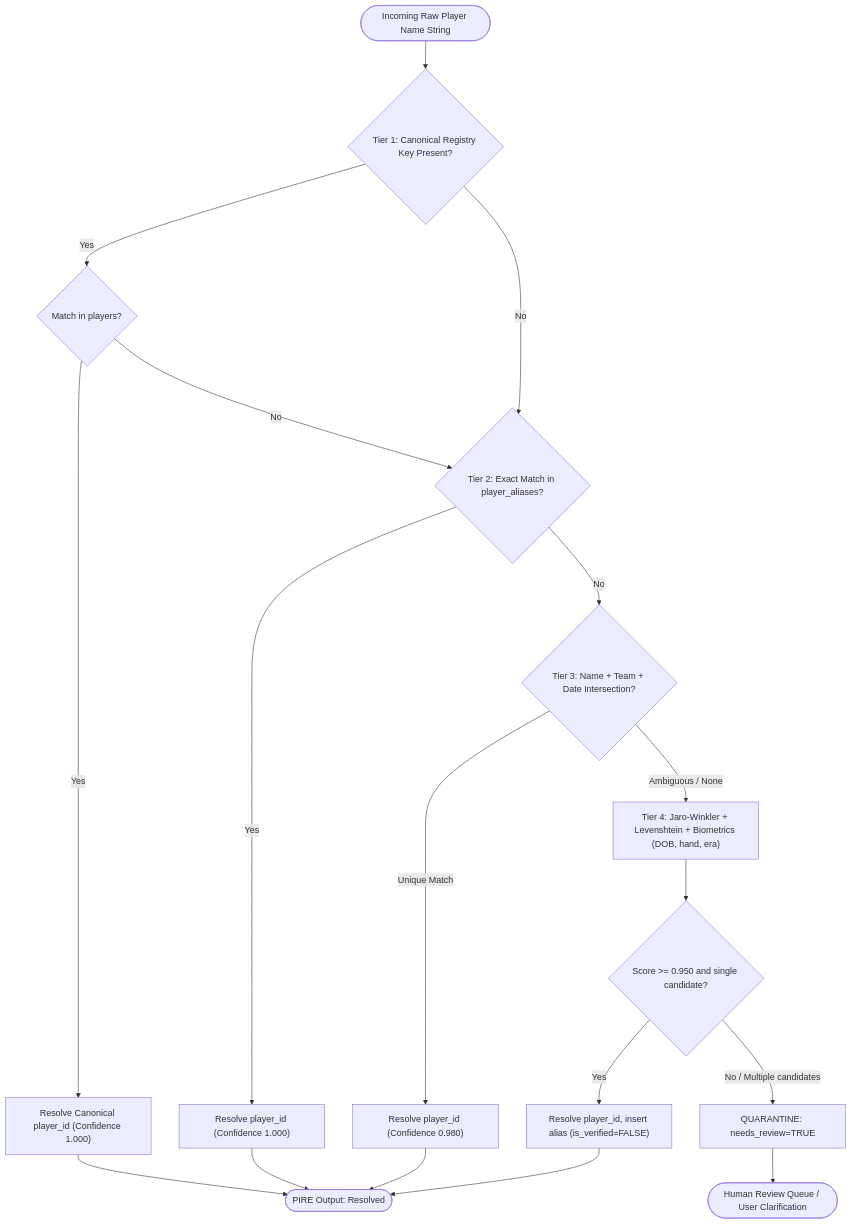
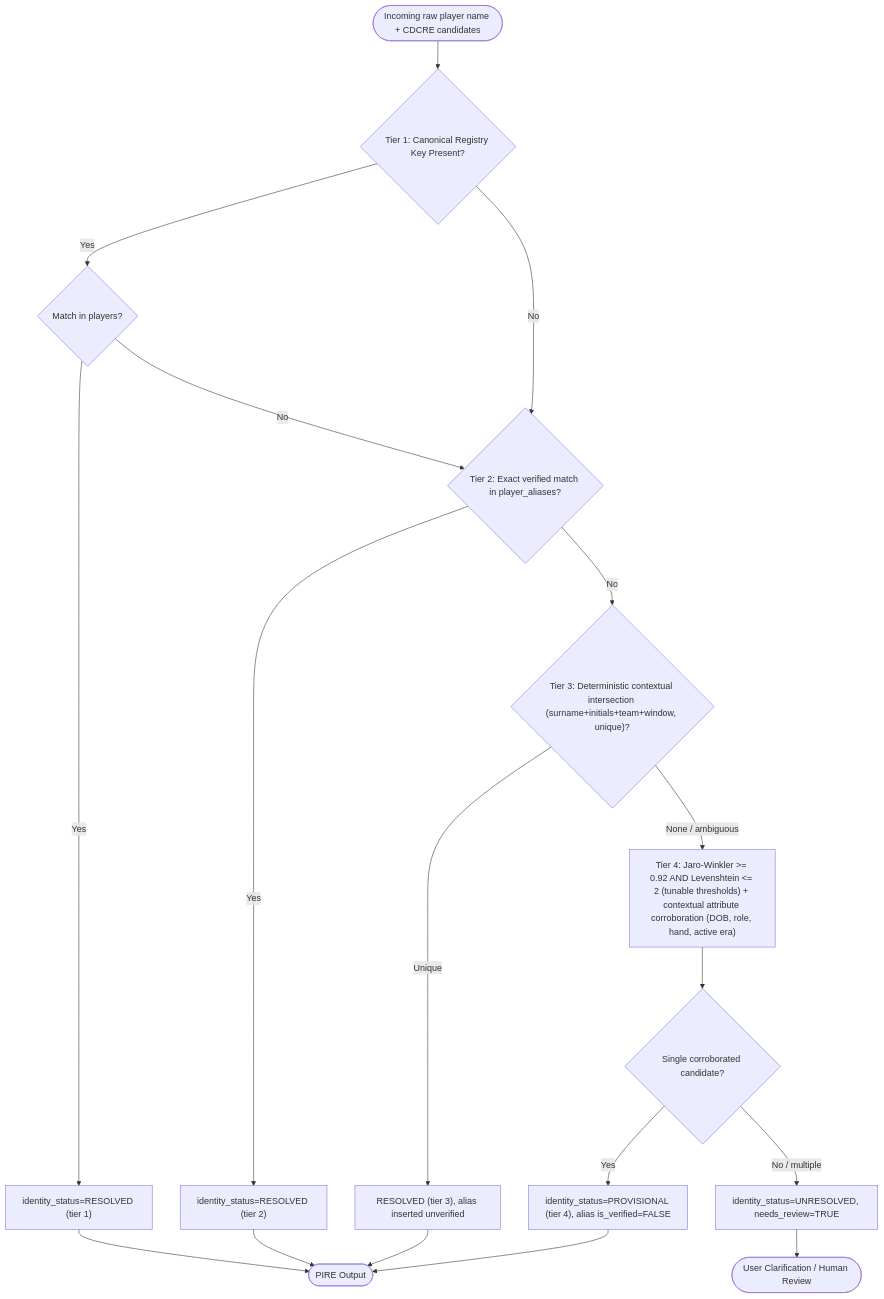
Before and after one commit to Subhadip-Paul2006/IPL_Team: the third of 10 diagrams in docs/ARCHITECTURE.md, drawn with Mermaid. The commit also changed other lines of this file, not shown here.

````diff
--- a/docs/ARCHITECTURE.md
+++ b/docs/ARCHITECTURE.md
@@ -175,15 +178,15 @@
 ```mermaid
 flowchart TD
-    Input(["Incoming Raw Player Name String"]) --> T1{"Tier 1: Canonical Registry Key Present?"}
+    Input(["Incoming raw player name + CDCRE candidates"]) --> T1{"Tier 1: Canonical Registry Key Present?"}
     T1 -- "Yes" --> T1Match{"Match in players?"}
-    T1Match -- "Yes" --> T1OK["Resolve Canonical player_id (Confidence 1.000)"] --> Done(["PIRE Output: Resolved"])
+    T1Match -- "Yes" --> T1OK["identity_status=RESOLVED (tier 1)"] --> Done(["PIRE Output"])
     T1Match -- "No" --> T2
-    T1 -- "No" --> T2{"Tier 2: Exact Match in player_aliases?"}
-    T2 -- "Yes" --> T2OK["Resolve player_id (Confidence 1.000)"] --> Done
-    T2 -- "No" --> T3{"Tier 3: Name + Team + Date Intersection?"}
-    T3 -- "Unique Match" --> T3OK["Resolve player_id (Confidence 0.980)"] --> Done
-    T3 -- "Ambiguous / None" --> T4["Tier 4: Jaro-Winkler + Levenshtein + Biometrics (DOB, hand, era)"]
-    T4 --> T4Score{"Score >= 0.950 and single candidate?"}
-    T4Score -- "Yes" --> T4OK["Resolve player_id, insert alias (is_verified=FALSE)"] --> Done
-    T4Score -- "No / Multiple candidates" --> Quarantine["QUARANTINE: needs_review=TRUE"] --> Human(["Human Review Queue / User Clarification"])
+    T1 -- "No" --> T2{"Tier 2: Exact verified match in player_aliases?"}
+    T2 -- "Yes" --> T2OK["identity_status=RESOLVED (tier 2)"] --> Done
+    T2 -- "No" --> T3{"Tier 3: Deterministic contextual intersection (surname+initials+team+window, unique)?"}
+    T3 -- "Unique" --> T3OK["RESOLVED (tier 3), alias inserted unverified"] --> Done
+    T3 -- "None / ambiguous" --> T4["Tier 4: Jaro-Winkler >= 0.92 AND Levenshtein <= 2 (tunable thresholds) + contextual attribute corroboration (DOB, role, hand, active era)"]
+    T4 --> T4Score{"Single corroborated candidate?"}
+    T4Score -- "Yes" --> T4OK["identity_status=PROVISIONAL (tier 4), alias is_verified=FALSE"] --> Done
+    T4Score -- "No / multiple" --> Quarantine["identity_status=UNRESOLVED, needs_review=TRUE"] --> Human(["User Clarification / Human Review"])
 ```
````
